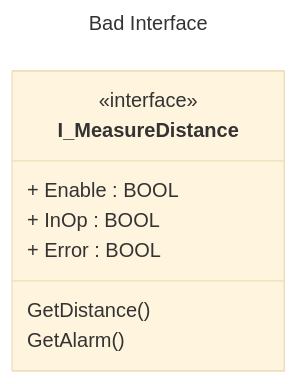
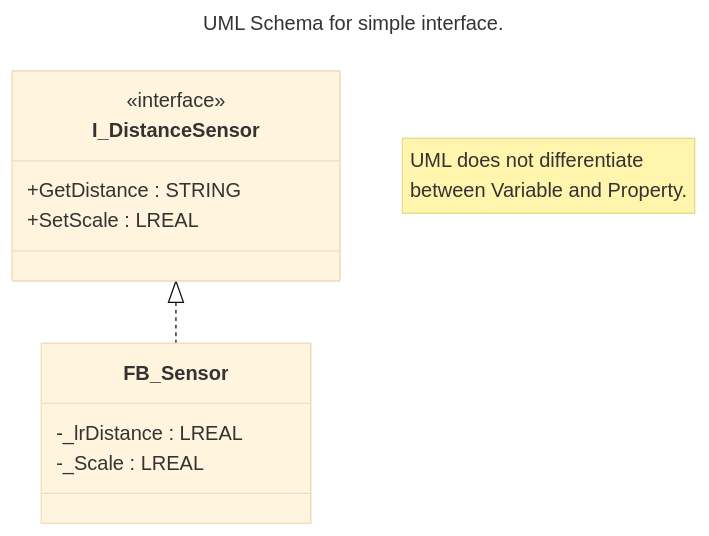
Before and after one commit to hei-synd-aaut/aaut-docs: the second of 3 diagrams in AAut_MOD_02_IEC_61131_OOP_InPractice/README.MD, drawn with Mermaid (base theme). The commit also changed other lines of this file and 5 other files, not shown here.

````diff
--- a/AAut_MOD_02_IEC_61131_OOP_InPractice/README.MD
+++ b/AAut_MOD_02_IEC_61131_OOP_InPractice/README.MD
@@ -85,16 +143,22 @@
 ```mermaid
 ---
-title: Bad Interface
+title: UML Schema for simple interface.
 ---
 classDiagram
+    
+    class I_DistanceSensor{ 
+        +GetDistance : STRING
+        +SetScale : LREAL
+    }
+    <<interface>> I_DistanceSensor
 
-  class I_MeasureDistance{
-      + Enable : BOOL
-      + InOp : BOOL
-      + Error  : BOOL
-      GetDistance() 
-      GetAlarm()
-  }
-  <<interface>> I_MeasureDistance
+    class FB_Sensor{
+        -_lrDistance : LREAL
+        -_Scale      : LREAL
+    }
 
+    note "UML does not differentiate 
+          between Variable and Property."
+
+    I_DistanceSensor <|.. FB_Sensor
 ```
````
